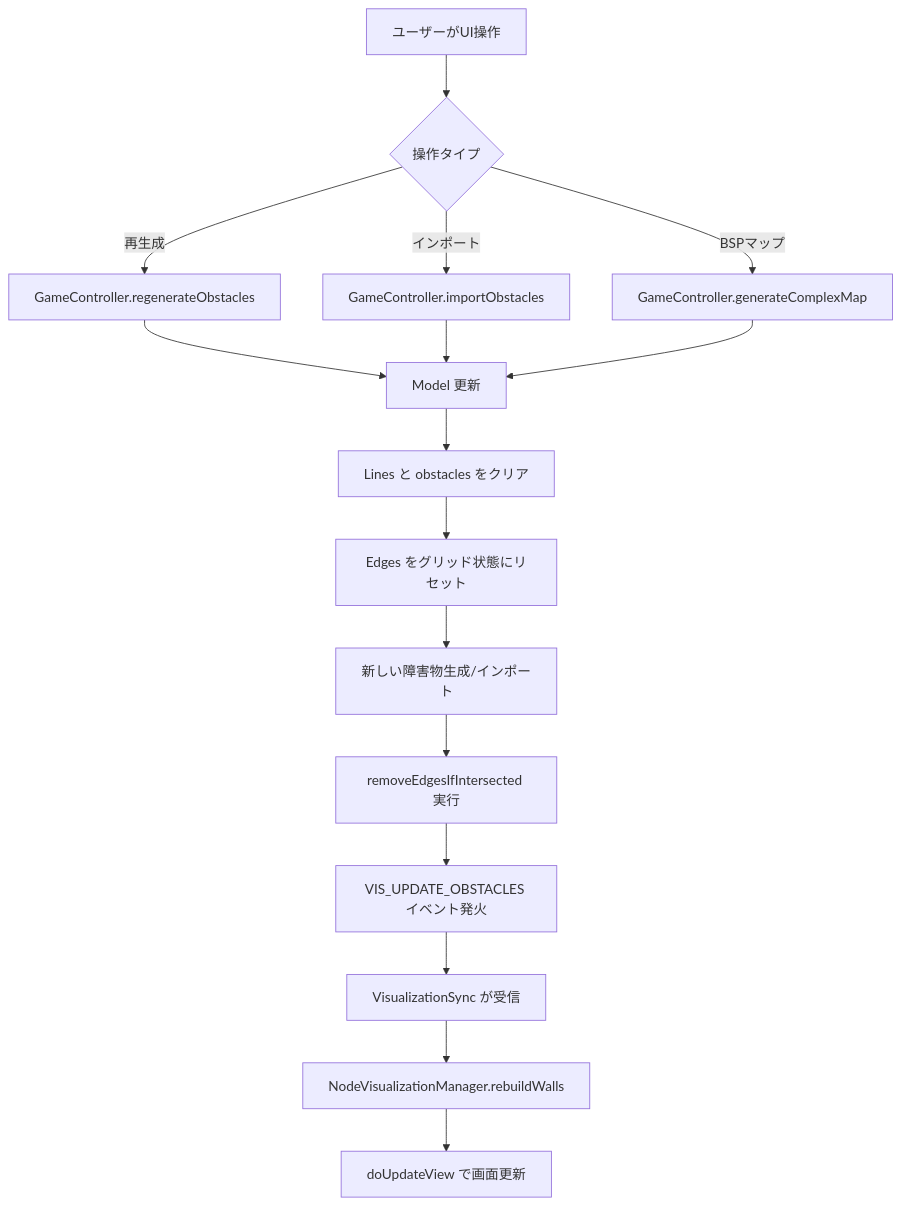
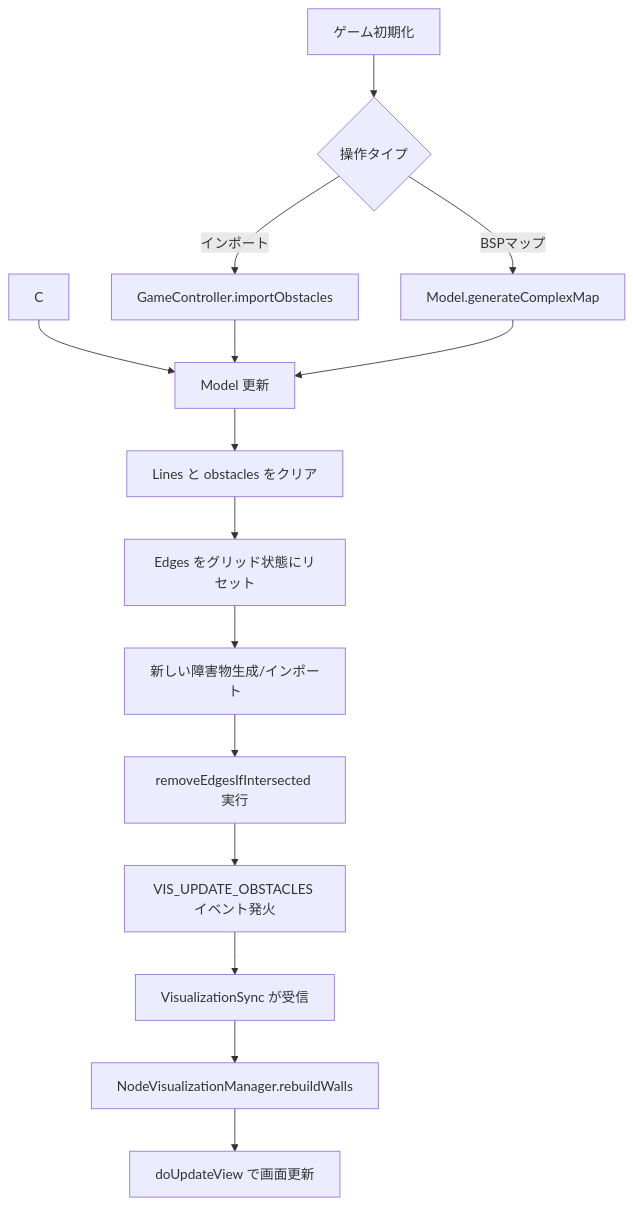
Before and after one commit to tamari-moto/2dFps: the sixth of 6 diagrams in document/DATA_FLOW.md, drawn with Mermaid. The commit also changed other lines of this file and 3 other files, not shown here.

````diff
--- a/document/DATA_FLOW.md
+++ b/document/DATA_FLOW.md
@@ -323,18 +374,17 @@
 ```mermaid
 graph TD
-    A[ユーザーがUI操作] --> B{操作タイプ}
-    B -->|再生成| C[GameController.regenerateObstacles]
+    A[ゲーム初期化] --> B{操作タイプ}
     B -->|インポート| D[GameController.importObstacles]
-    B -->|BSPマップ| E[GameController.generateComplexMap]
+    B -->|BSPマップ| E[Model.generateComplexMap]
     C --> F[Model 更新]
     D --> F
     E --> F
     F --> G[Lines と obstacles をクリア]
     G --> H[Edges をグリッド状態にリセット]
     H --> I[新しい障害物生成/インポート]
     I --> J[removeEdgesIfIntersected 実行]
     J --> K[VIS_UPDATE_OBSTACLES イベント発火]
     K --> L[VisualizationSync が受信]
     L --> M[NodeVisualizationManager.rebuildWalls]
     M --> N[doUpdateView で画面更新]
 ```
````
